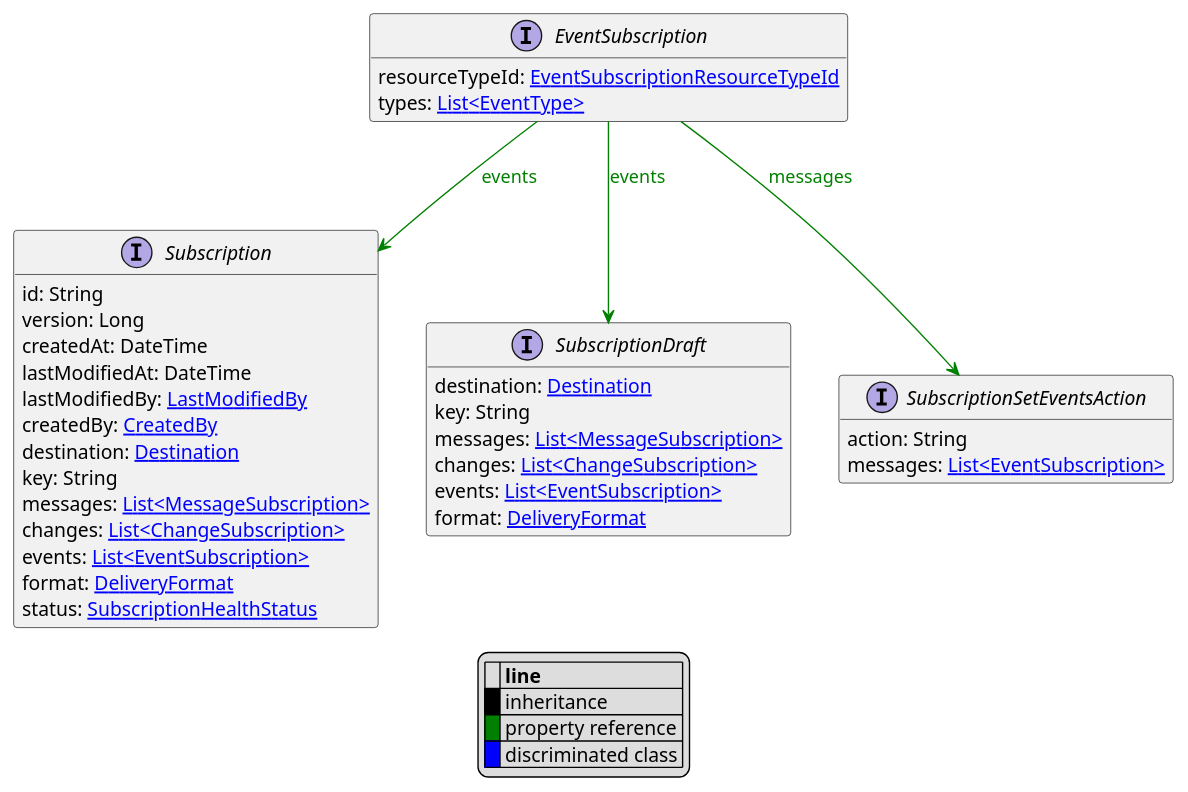
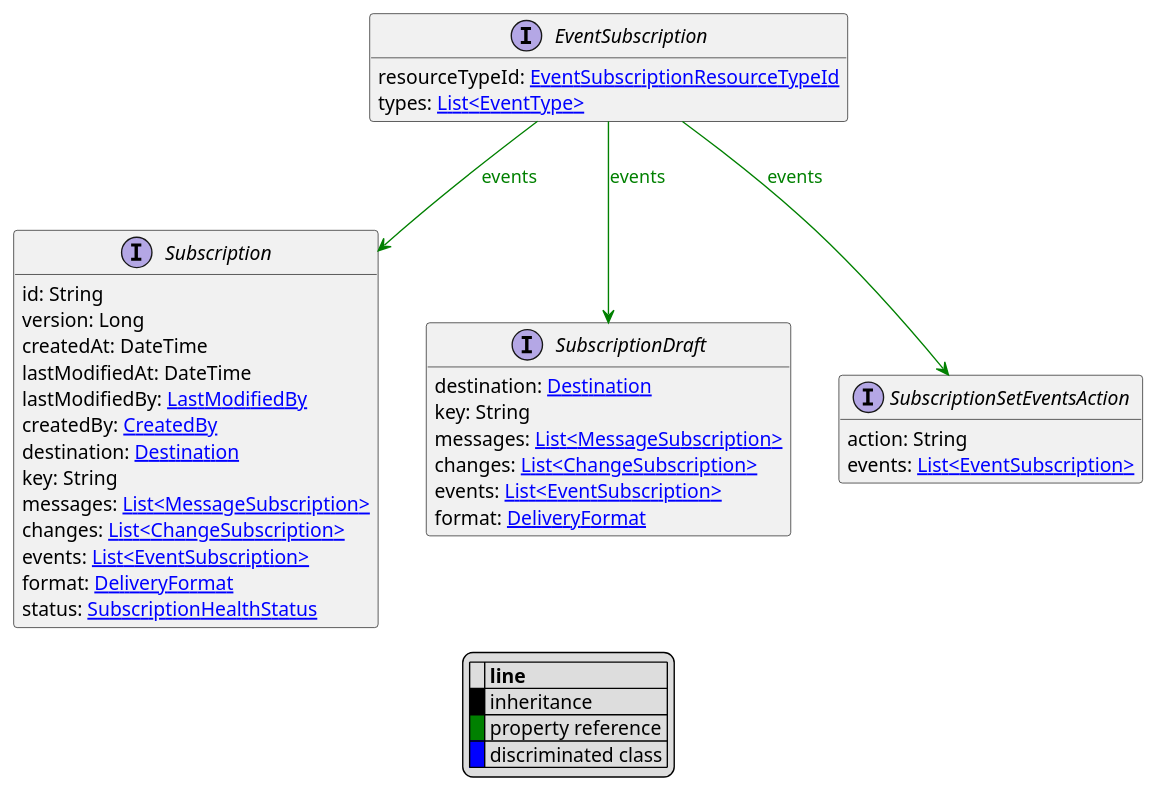
The diagram in uml/api/EventSubscription.puml (commercetools/commercetools-api-reference), drawn with PlantUML before and after one commit. The commit also changed 6 other files, not shown here.

```diff
--- a/uml/api/EventSubscription.puml
+++ b/uml/api/EventSubscription.puml
@@ -1,49 +1,49 @@
 @startuml
 
 hide empty fields
 hide empty methods
 legend
 |= |= line |
 |<back:black>   </back>| inheritance |
 |<back:green>   </back>| property reference |
 |<back:blue>   </back>| discriminated class |
 endlegend
 interface EventSubscription [[EventSubscription.svg]]  {
     resourceTypeId: [[EventSubscriptionResourceTypeId.svg EventSubscriptionResourceTypeId]]
     types: [[EventType.svg List<EventType>]]
 }
 
 
 
 interface Subscription [[Subscription.svg]]  {
     id: String
     version: Long
     createdAt: DateTime
     lastModifiedAt: DateTime
     lastModifiedBy: [[LastModifiedBy.svg LastModifiedBy]]
     createdBy: [[CreatedBy.svg CreatedBy]]
     destination: [[Destination.svg Destination]]
     key: String
     messages: [[MessageSubscription.svg List<MessageSubscription>]]
     changes: [[ChangeSubscription.svg List<ChangeSubscription>]]
     events: [[EventSubscription.svg List<EventSubscription>]]
     format: [[DeliveryFormat.svg DeliveryFormat]]
     status: [[SubscriptionHealthStatus.svg SubscriptionHealthStatus]]
 }
 interface SubscriptionDraft [[SubscriptionDraft.svg]]  {
     destination: [[Destination.svg Destination]]
     key: String
     messages: [[MessageSubscription.svg List<MessageSubscription>]]
     changes: [[ChangeSubscription.svg List<ChangeSubscription>]]
     events: [[EventSubscription.svg List<EventSubscription>]]
     format: [[DeliveryFormat.svg DeliveryFormat]]
 }
 interface SubscriptionSetEventsAction [[SubscriptionSetEventsAction.svg]]  {
     action: String
-    messages: [[EventSubscription.svg List<EventSubscription>]]
+    events: [[EventSubscription.svg List<EventSubscription>]]
 }
 
 EventSubscription --> Subscription #green;text:green : "events"
 EventSubscription --> SubscriptionDraft #green;text:green : "events"
-EventSubscription --> SubscriptionSetEventsAction #green;text:green : "messages"
+EventSubscription --> SubscriptionSetEventsAction #green;text:green : "events"
 @enduml
```
